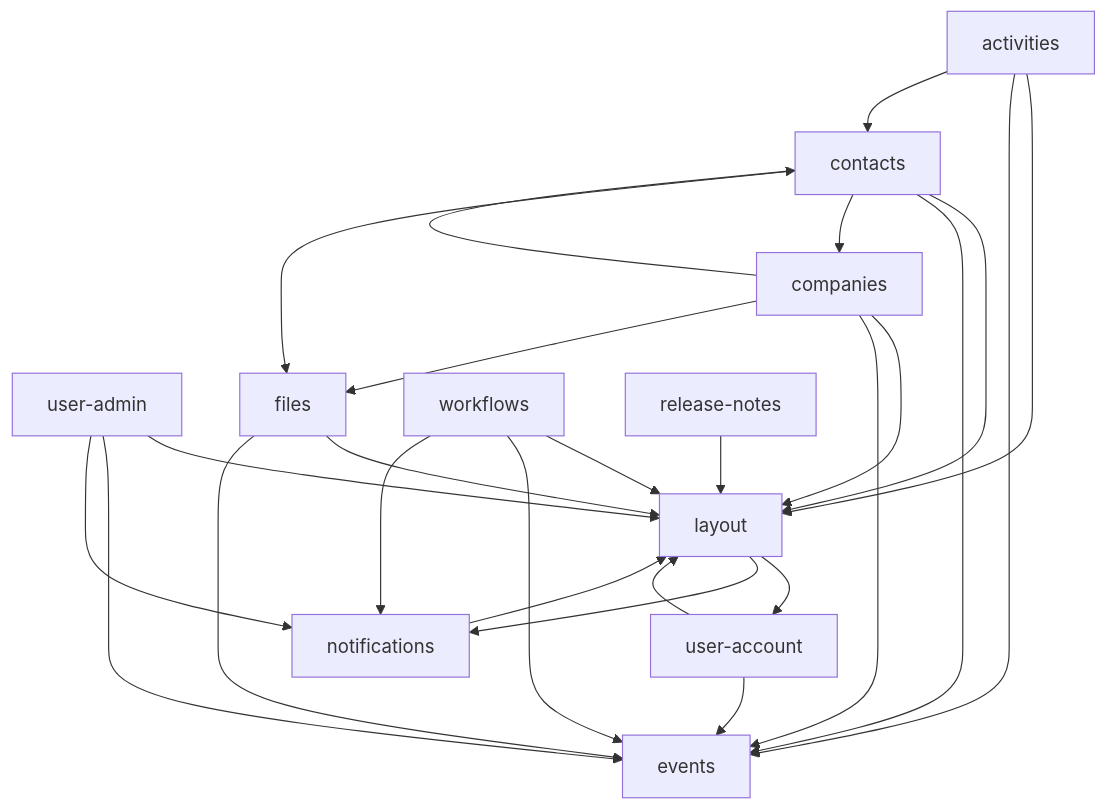
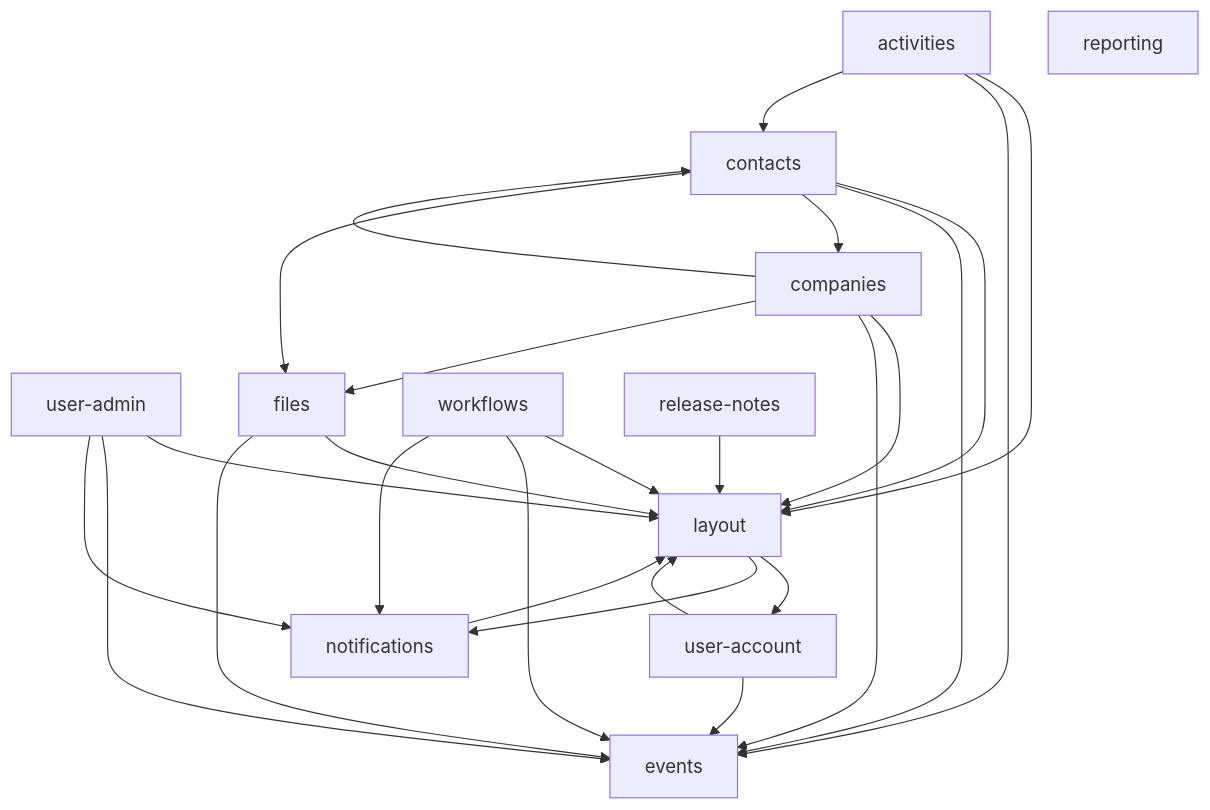
One commit to lowdefy/modules-mongodb changed the diagram in docs/index.md. Above: the diagram before and after it, drawn with Mermaid. The commit also changed other lines of this file and 7 other files, not shown here.

````diff
--- a/docs/index.md
+++ b/docs/index.md
@@ -33,29 +34,30 @@
 ```mermaid
 graph TD
   layout --> user-account
   layout --> notifications
   user-account --> layout
   user-account --> events
   user-admin --> layout
   user-admin --> events
   user-admin --> notifications
   notifications --> layout
   contacts --> layout
   contacts --> events
   contacts --> companies
   contacts --> files
   companies --> layout
   companies --> events
   companies --> contacts
   companies --> files
   files --> layout
   files --> events
   activities --> layout
   activities --> events
   activities --> contacts
   workflows --> layout
   workflows --> events
   workflows --> notifications
   release-notes --> layout
   events
+  reporting
 ```
````
